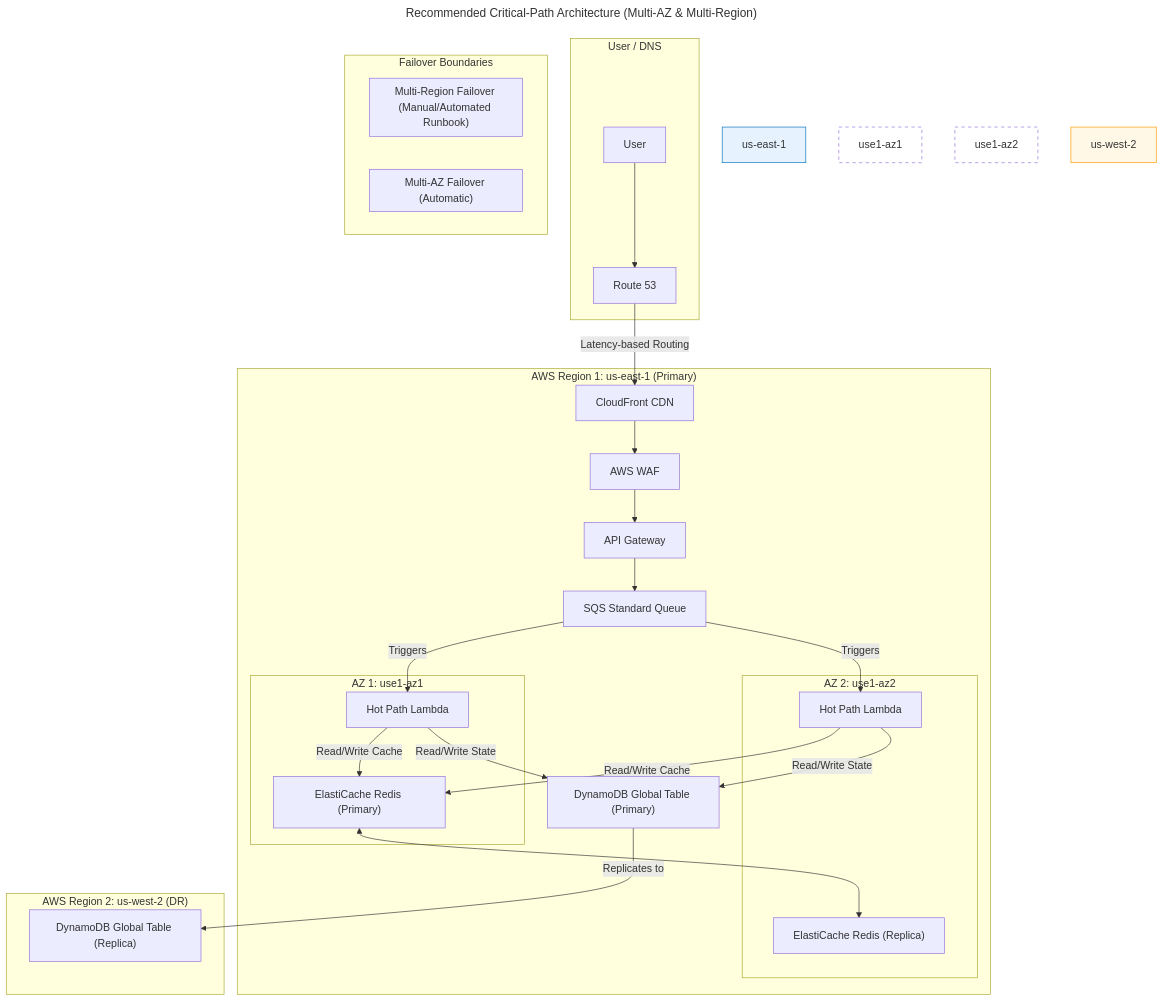
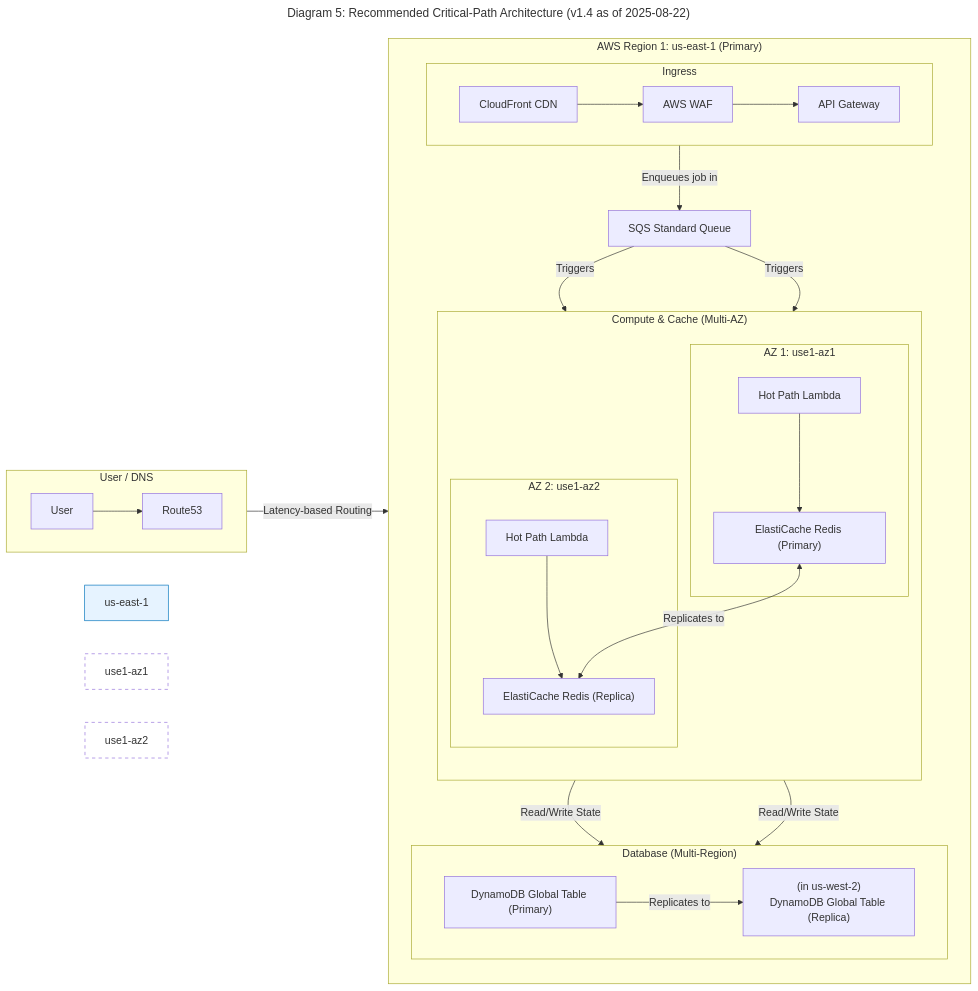
One commit to dino10bit/healthsync changed the ninth of 12 diagrams in docs/architecture/06-technical-architecture.md. Above: the diagram before and after it, drawn with Mermaid. The commit also changed other lines of this file, not shown here.

Commit message:
Improve clarity and accuracy of architecture diagrams

````diff
--- a/docs/architecture/06-technical-architecture.md
+++ b/docs/architecture/06-technical-architecture.md
@@ -1234,60 +1246,46 @@
 ```mermaid
 ---
-title: "Recommended Critical-Path Architecture (Multi-AZ & Multi-Region)"
+title: "Diagram 5: Recommended Critical-Path Architecture (v1.4 as of 2025-08-22)"
 ---
-graph TD
+graph LR
     subgraph "User / DNS"
-        User[User]
-        Route53[Route 53]
+        direction LR
+        User --> Route53
     end
 
     subgraph "AWS Region 1: us-east-1 (Primary)"
+        direction TB
         style us-east-1 fill:#e6f3ff,stroke:#0073bb
-        subgraph "AZ 1: use1-az1"
-            style use1-az1 fill:#ffffff,stroke-dasharray: 5 5
-            Lambda_A[Hot Path Lambda]
-            Redis_A["ElastiCache Redis (Primary)"]
-        end
-        subgraph "AZ 2: use1-az2"
-            style use1-az2 fill:#ffffff,stroke-dasharray: 5 5
-            Lambda_B[Hot Path Lambda]
-            Redis_B["ElastiCache Redis (Replica)"]
+
+        subgraph Ingress
+            direction LR
+            CloudFront[CloudFront CDN] --> WAF[AWS WAF] --> ApiGateway[API Gateway]
         end
 
-        CloudFront[CloudFront CDN]
-        WAF[AWS WAF]
-        ApiGateway[API Gateway]
-        SQS[SQS Standard Queue]
-        DynamoDB_Global["DynamoDB Global Table (Primary)"]
+        ApiGateway -- "Enqueues job in" --> SQS[SQS Standard Queue]
+
+        subgraph "Compute & Cache (Multi-AZ)"
+            direction TB
+            subgraph "AZ 1: use1-az1"
+                style use1-az1 fill:#ffffff,stroke-dasharray: 5 5
+                Lambda_A[Hot Path Lambda] --> Redis_A["ElastiCache Redis (Primary)"]
+            end
+            subgraph "AZ 2: use1-az2"
+                style use1-az2 fill:#ffffff,stroke-dasharray: 5 5
+                Lambda_B[Hot Path Lambda] --> Redis_B["ElastiCache Redis (Replica)"]
+            end
+        end
+
+        SQS -- Triggers --> Lambda_A & Lambda_B
+        Redis_A -- "Replicates to" <--> Redis_B
+
+        subgraph "Database (Multi-Region)"
+            direction LR
+            DynamoDB_Global["DynamoDB Global Table (Primary)"] -- "Replicates to" --> DynamoDB_DR["(in us-west-2)<br>DynamoDB Global Table (Replica)"]
+        end
+
+        Lambda_A & Lambda_B -- "Read/Write State" --> DynamoDB_Global
     end
 
-    subgraph "AWS Region 2: us-west-2 (DR)"
-        style us-west-2 fill:#fff8e6,stroke:#ff9900
-        DynamoDB_DR["DynamoDB Global Table (Replica)"]
-    end
-
-    %% Connections
-    User --> Route53
     Route53 -- "Latency-based Routing" --> CloudFront
-    CloudFront --> WAF --> ApiGateway
-    ApiGateway --> SQS
-
-    SQS -- "Triggers" --> Lambda_A & Lambda_B
-    Lambda_A & Lambda_B -- "Read/Write Cache" --> Redis_A
-    Redis_A <--> Redis_B
-
-    Lambda_A & Lambda_B -- "Read/Write State" --> DynamoDB_Global
-    DynamoDB_Global -- "Replicates to" --> DynamoDB_DR
-
-    %% Failover Boundaries
-    subgraph Failover Boundaries
-        subgraph "Multi-AZ Failover (Automatic)"
-            Redis_A
-            Redis_B
-        end
-        subgraph "Multi-Region Failover (Manual/Automated Runbook)"
-            DynamoDB_Global
-            DynamoDB_DR
-        end
-    end
 ```
````
